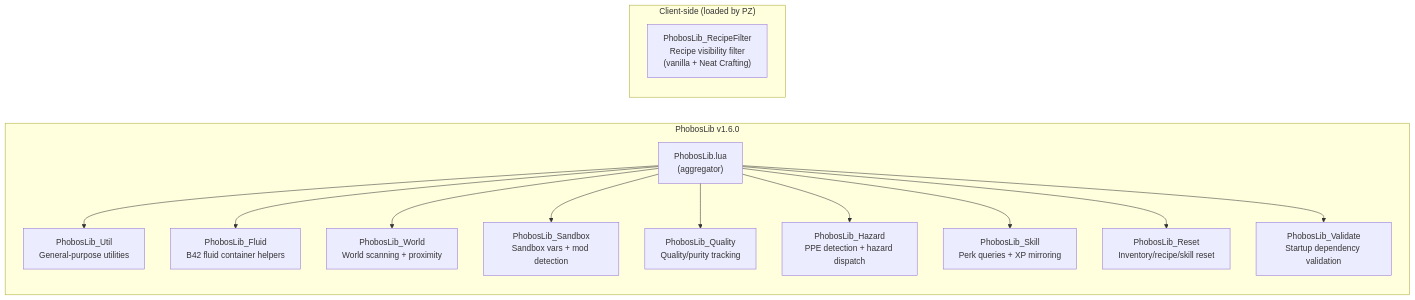
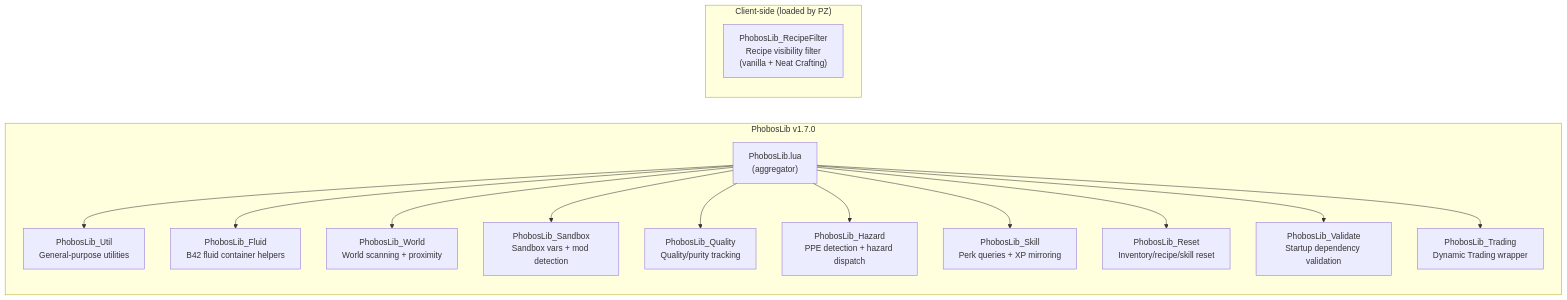
One commit to phobos-dthorga/mod-pz-phobos-lib changed the diagram in docs/diagrams/module-overview.md. Above: the diagram before and after it, drawn with Mermaid. The commit also changed other lines of this file and 8 other files, not shown here.

First line of the commit message:
feat: add PhobosLib_Trading module — Dynamic Trading API wrapper (v1.7.0)

````diff
--- a/docs/diagrams/module-overview.md
+++ b/docs/diagrams/module-overview.md
@@ -7,30 +7,32 @@
 ```mermaid
 graph LR
-    subgraph LIB["PhobosLib v1.6.0"]
+    subgraph LIB["PhobosLib v1.7.0"]
         INIT["PhobosLib.lua<br/>(aggregator)"]
 
         UTIL["PhobosLib_Util<br/>General-purpose utilities"]
         FLUID["PhobosLib_Fluid<br/>B42 fluid container helpers"]
         WORLD["PhobosLib_World<br/>World scanning + proximity"]
         SANDBOX["PhobosLib_Sandbox<br/>Sandbox vars + mod detection"]
         QUALITY["PhobosLib_Quality<br/>Quality/purity tracking"]
         HAZARD["PhobosLib_Hazard<br/>PPE detection + hazard dispatch"]
         SKILL["PhobosLib_Skill<br/>Perk queries + XP mirroring"]
         RESET["PhobosLib_Reset<br/>Inventory/recipe/skill reset"]
         VALIDATE["PhobosLib_Validate<br/>Startup dependency validation"]
+        TRADING["PhobosLib_Trading<br/>Dynamic Trading wrapper"]
     end
 
     subgraph CLIENT["Client-side (loaded by PZ)"]
         RF["PhobosLib_RecipeFilter<br/>Recipe visibility filter<br/>(vanilla + Neat Crafting)"]
     end
 
     INIT --> UTIL
     INIT --> FLUID
     INIT --> WORLD
     INIT --> SANDBOX
     INIT --> QUALITY
     INIT --> HAZARD
     INIT --> SKILL
     INIT --> RESET
     INIT --> VALIDATE
+    INIT --> TRADING
 ```
````
